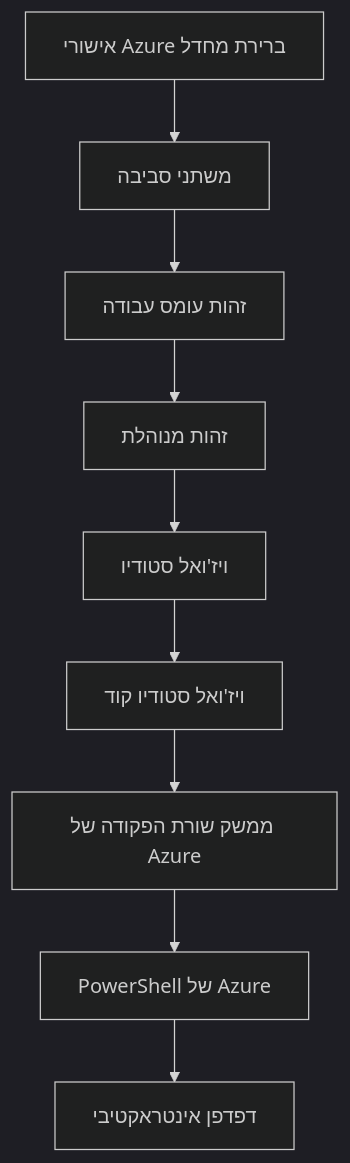
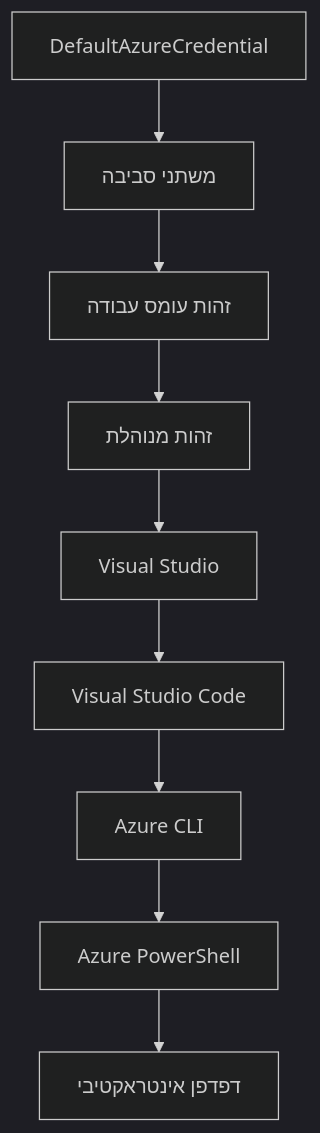
The second of 2 diagrams in translations/he/docs/chapter-01-foundation/azd-basics.md (microsoft/AZD-for-beginners), drawn with Mermaid (dark theme) before and after one commit. The commit also changed other lines of this file and 101 other files, not shown here.

````diff
--- a/translations/he/docs/chapter-01-foundation/azd-basics.md
+++ b/translations/he/docs/chapter-01-foundation/azd-basics.md
@@ -558,11 +591,11 @@
 ```mermaid
 graph TD
-    A[אישורי Azure ברירת מחדל] --> B[משתני סביבה]
+    A[DefaultAzureCredential] --> B[משתני סביבה]
     B --> C[זהות עומס עבודה]
     C --> D[זהות מנוהלת]
-    D --> E[ויז'ואל סטודיו]
-    E --> F[ויז'ואל סטודיו קוד]
-    F --> G[ממשק שורת הפקודה של Azure]
-    G --> H[PowerShell של Azure]
+    D --> E[Visual Studio]
+    E --> F[Visual Studio Code]
+    F --> G[Azure CLI]
+    G --> H[Azure PowerShell]
     H --> I[דפדפן אינטראקטיבי]
 ```
````
